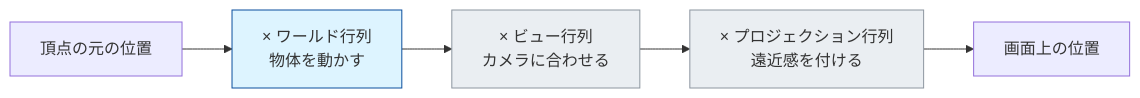
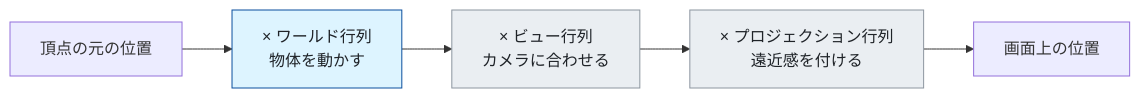
The diagram in docs/tutorial/07_動かす_定数バッファと行列.md (Tomonorarari-Think/DirectX12Dev), drawn with Mermaid before and after one commit. The commit also changed 28 other files, not shown here.

First line of the commit message:
fix: 図の文字が暗色モードで読めなくなる問題を直す

````diff
--- a/docs/tutorial/07_動かす_定数バッファと行列.md
+++ b/docs/tutorial/07_動かす_定数バッファと行列.md
@@ -27,11 +27,11 @@
 ```mermaid
 flowchart LR
     A["頂点の元の位置"] --> B["× ワールド行列<br/>物体を動かす"]
     B --> C["× ビュー行列<br/>カメラに合わせる"]
     C --> D["× プロジェクション行列<br/>遠近感を付ける"]
     D --> E["画面上の位置"]
 
-    style B fill:#ddf4ff,stroke:#0a4f9e
-    style C fill:#eaeef2,stroke:#8c959f
-    style D fill:#eaeef2,stroke:#8c959f
+    style B fill:#ddf4ff,stroke:#0a4f9e,color:#1f2328
+    style C fill:#eaeef2,stroke:#8c959f,color:#1f2328
+    style D fill:#eaeef2,stroke:#8c959f,color:#1f2328
 ```
````
